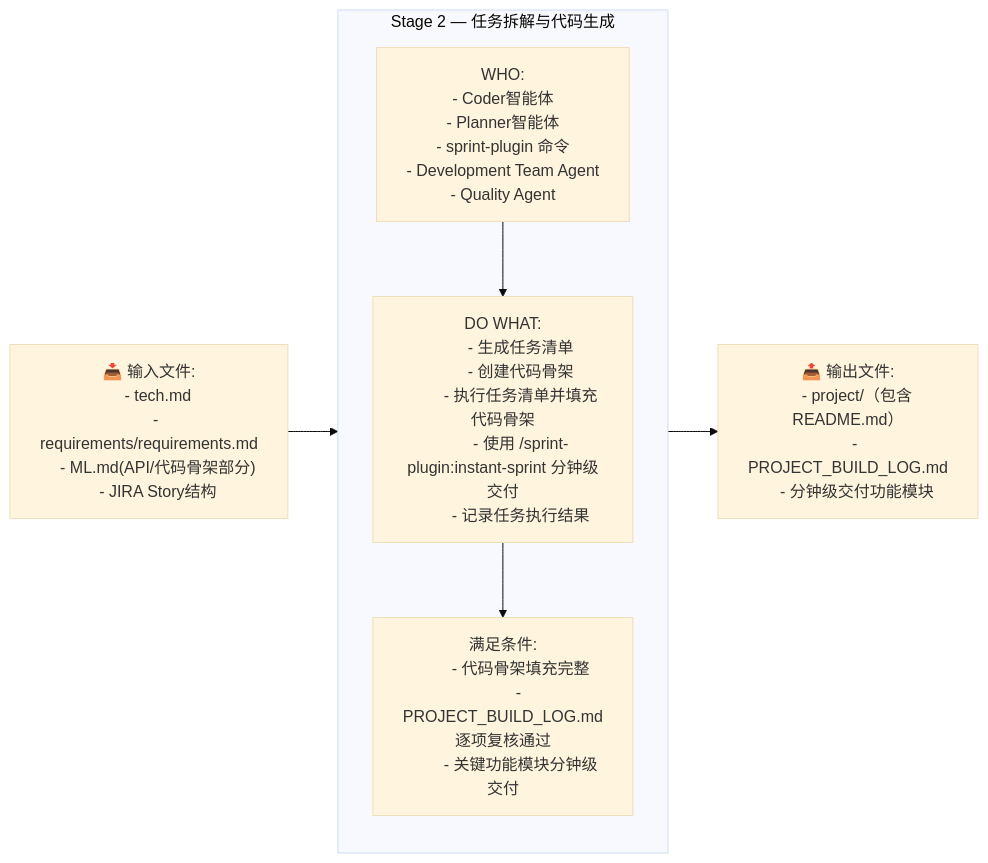
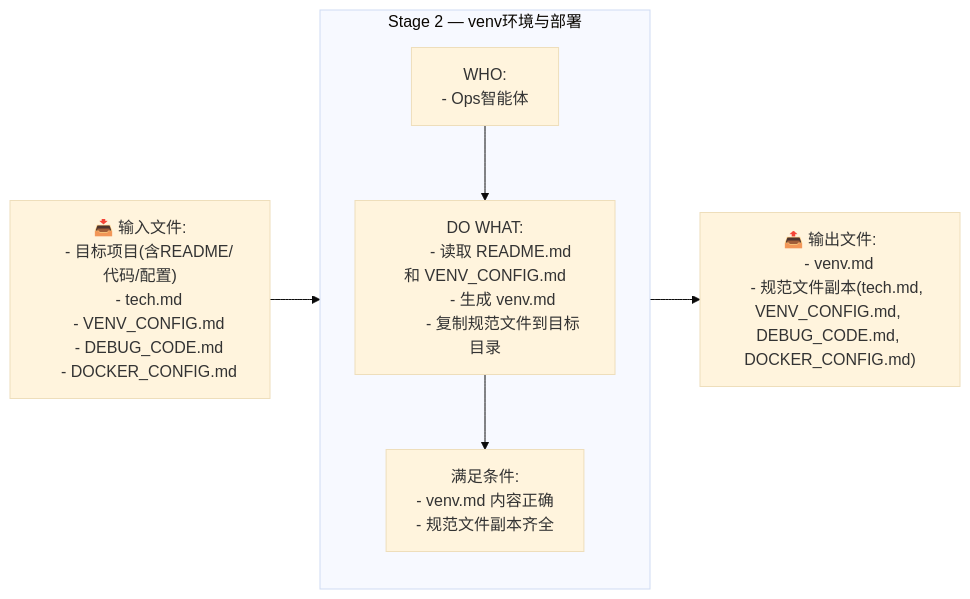
One commit to ouyangshixiong/context-engineering-zh changed the third of 15 diagrams in README.md. Above: the diagram before and after it, drawn with Mermaid (base theme). The commit also changed other lines of this file and 13 other files, not shown here.

````diff
--- a/README.md
+++ b/README.md
@@ -237,40 +263,33 @@
 ```mermaid
 flowchart LR
     %% ================= Stage 2 =================
     I2["📥 输入文件:
+    - 目标项目(含README/代码/配置)
     - tech.md
-    - requirements/requirements.md
-    - ML.md(API/代码骨架部分)
-    - JIRA Story结构"]
+    - VENV_CONFIG.md
+    - DEBUG_CODE.md
+    - DOCKER_CONFIG.md"]
 
     O2["📤 输出文件:
-    - project/（包含README.md）
-    - PROJECT_BUILD_LOG.md
-    - 分钟级交付功能模块"]
+    - venv.md
+    - 规范文件副本(tech.md, VENV_CONFIG.md, DEBUG_CODE.md, DOCKER_CONFIG.md)"]
 
-    subgraph S2["Stage 2 — 任务拆解与代码生成"]
+    subgraph S2["Stage 2 — venv环境与部署"]
         direction TB
-        W3["WHO:
-        - Coder智能体
-        - Planner智能体
-        - sprint-plugin 命令
-        - Development Team Agent
-        - Quality Agent"]
+        W2["WHO:
+        - Ops智能体"]
 
-        A3["DO WHAT:
-        - 生成任务清单
-        - 创建代码骨架
-        - 执行任务清单并填充代码骨架
-        - 使用 /sprint-plugin:instant-sprint 分钟级交付
-        - 记录任务执行结果"]
+        A2["DO WHAT:
+        - 读取 README.md 和 VENV_CONFIG.md
+        - 生成 venv.md
+        - 复制规范文件到目标目录"]
 
-        V3["满足条件:
-        - 代码骨架填充完整
-        - PROJECT_BUILD_LOG.md逐项复核通过
-        - 关键功能模块分钟级交付"]
+        V2["满足条件:
+        - venv.md 内容正确
+        - 规范文件副本齐全"]
 
-        W3 --> A3 --> V3
+        W2 --> A2 --> V2
     end
 
     I2 --> S2 --> O2
 ```
````
